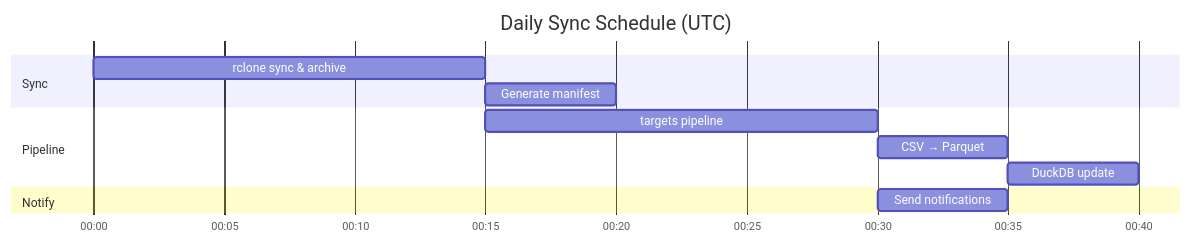
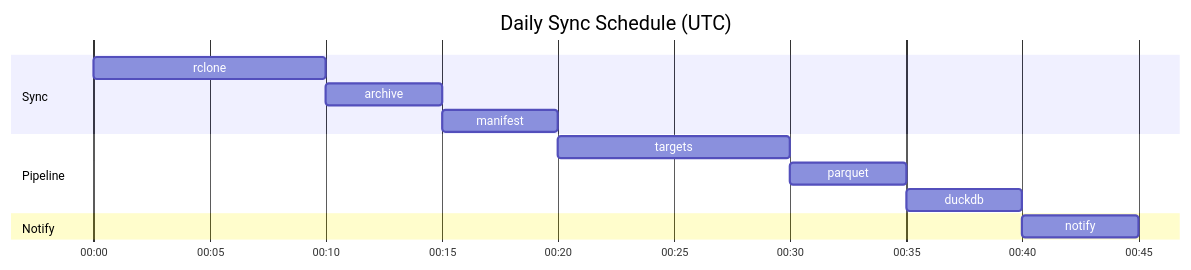
The third of 9 diagrams in README_PLAN.qmd (CalCOFI/workflows), drawn with Mermaid before and after one commit. The commit also changed other lines of this file and 1 other file, not shown here.

Commit message:
mmd diagram cleanup

````diff
--- a/README_PLAN.qmd
+++ b/README_PLAN.qmd
@@ -684,21 +691,28 @@
 ```{mermaid}
 %%| label: fig-schedule
 %%| fig-cap: "Daily Sync Schedule (UTC)"
+
+%%---
+%%displayMode: compact
+%%---
+
+%%{init: {'theme': 'default', 'themeVariables': { 'textColor': '##333'}}}%%
 
 gantt
     title Daily Sync Schedule (UTC)
     dateFormat HH:mm
     axisFormat %H:%M
 
     section Sync
-    rclone sync & archive     :a1, 00:00, 15m
-    Generate manifest         :a2, after a1, 5m
+    rclone           :a1, 00:00, 10m
+    archive          :a2, after a1, 5m
+    manifest         :a3, after a2, 5m
 
     section Pipeline
-    targets pipeline          :b1, 00:15, 15m
-    CSV → Parquet            :b2, after b1, 5m
-    DuckDB update            :b3, after b2, 5m
+    targets          :b1, after a3, 10m
+    parquet          :b2, after b1, 5m
+    duckdb           :b3, after b2, 5m
 
     section Notify
-    Send notifications        :c1, 00:30, 5m
+    notify           :c1, after b3, 5m
 ```
````
